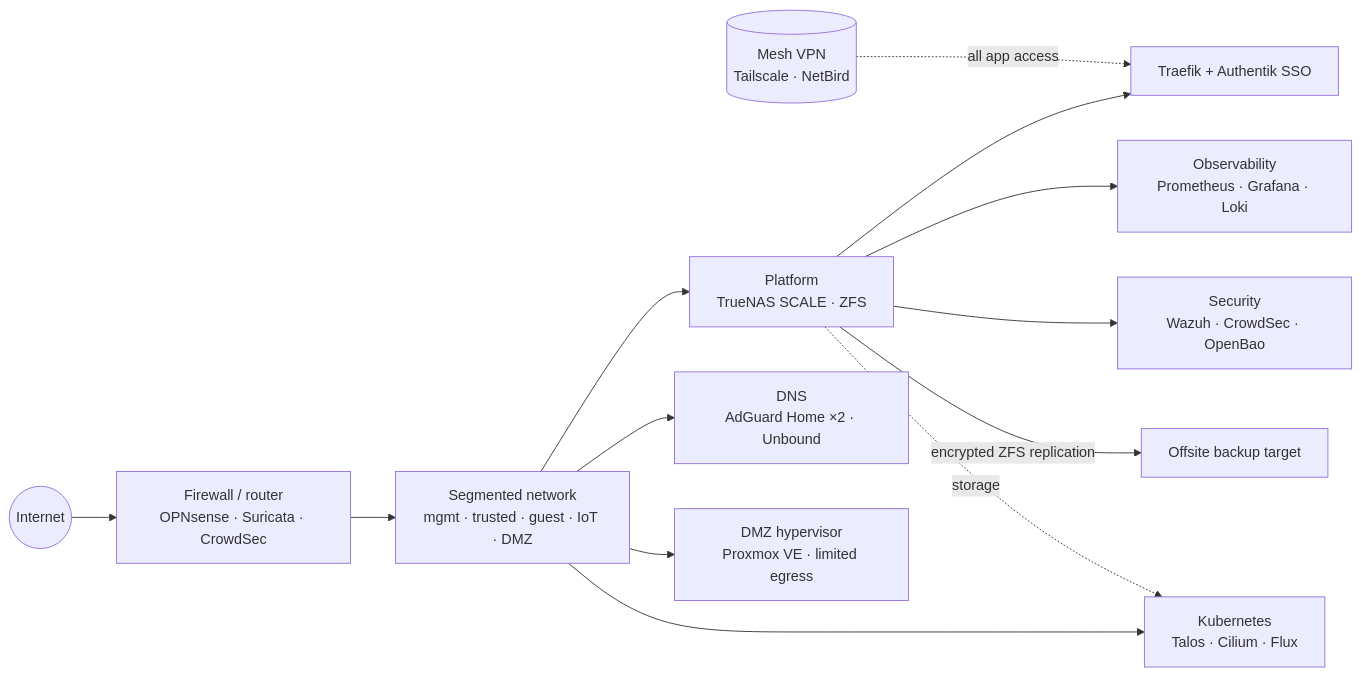
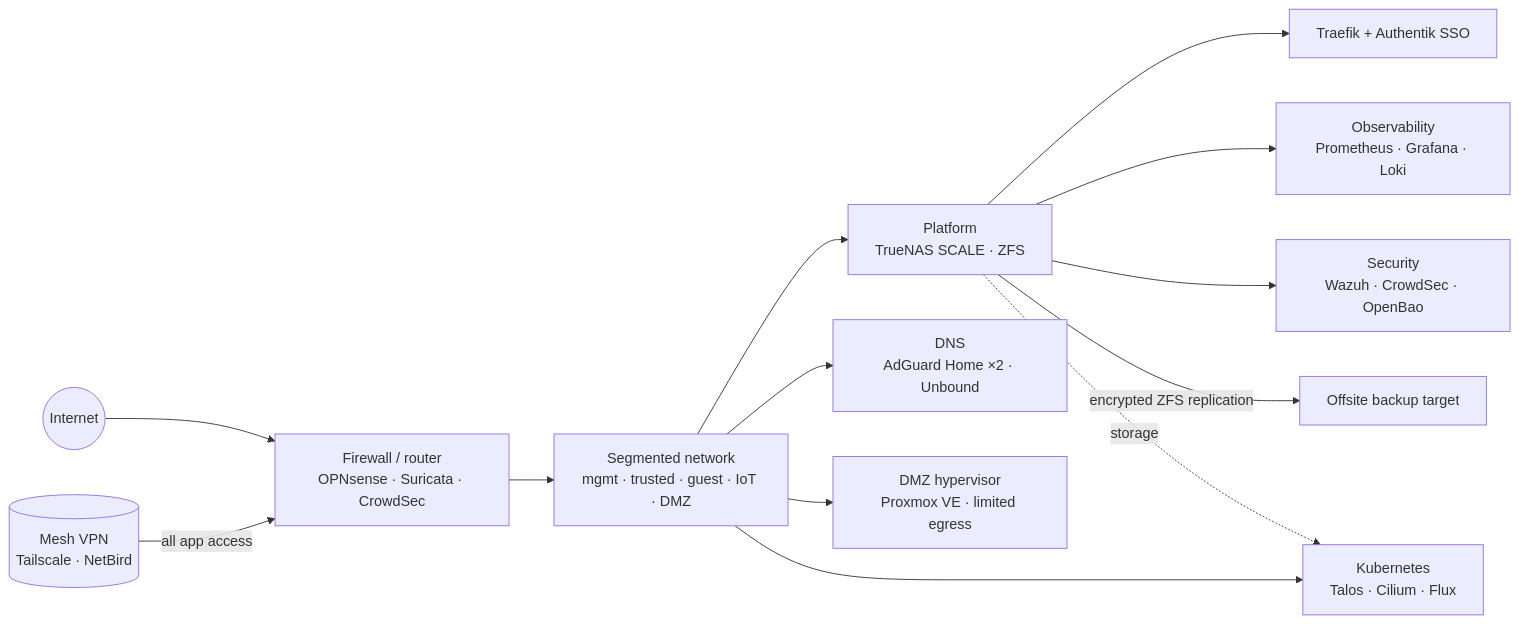
The diagram in README.md (mselin/mselin), drawn with Mermaid before and after one commit.

Commit message:
Route mesh VPN access through the firewall in the diagrams
Claude-Session: https://claude.ai/code/session_013DgN9N6MedXYU6Hmksz994

````diff
--- a/README.md
+++ b/README.md
@@ -37,18 +37,18 @@
 ```mermaid
 flowchart LR
   inet((Internet)) --> fw[Firewall / router<br/>OPNsense · Suricata · CrowdSec]
-  vpn[(Mesh VPN<br/>Tailscale · NetBird)] -. all app access .-> ingress
+  vpn[(Mesh VPN<br/>Tailscale · NetBird)] -- all app access --> fw
 
   fw --> sw[Segmented network<br/>mgmt · trusted · guest · IoT · DMZ]
 
   sw --> nas[Platform<br/>TrueNAS SCALE · ZFS]
   sw --> dns[DNS<br/>AdGuard Home ×2 · Unbound]
   sw --> dmz[DMZ hypervisor<br/>Proxmox VE · limited egress]
   sw --> k8s[Kubernetes<br/>Talos · Cilium · Flux]
 
   nas --> ingress[Traefik + Authentik SSO]
   nas --> obs[Observability<br/>Prometheus · Grafana · Loki]
   nas --> sec[Security<br/>Wazuh · CrowdSec · OpenBao]
   nas -- encrypted ZFS replication --> bak[Offsite backup target]
   nas -. storage .-> k8s
 ```
````
